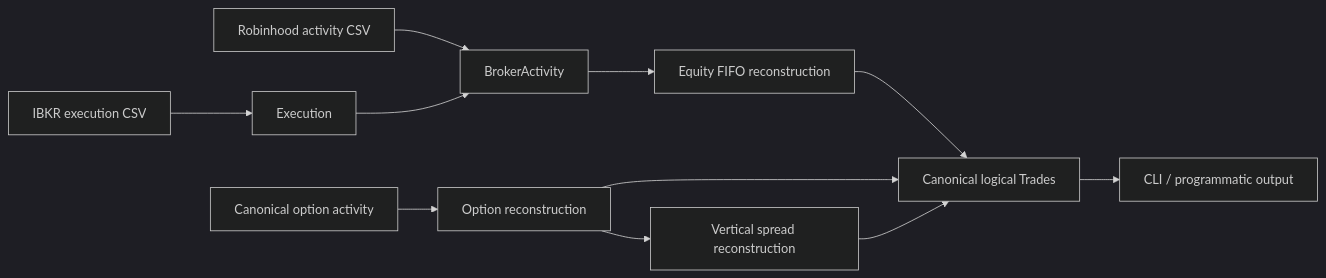
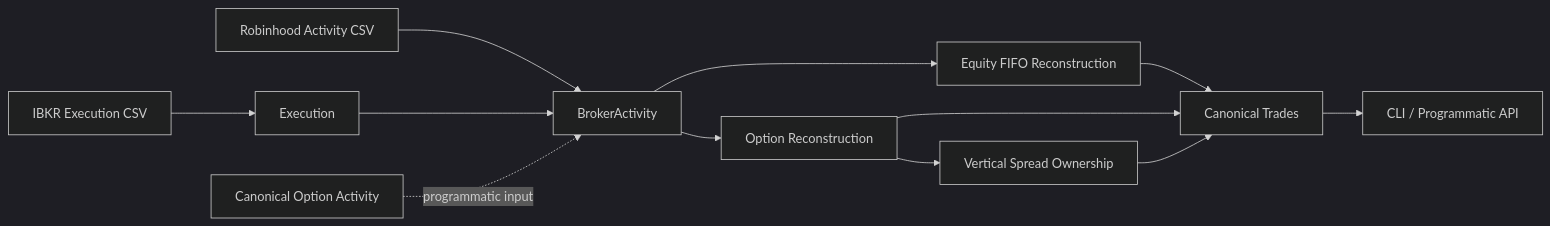
One commit to jianyingx12/trade-normalizer changed the diagram in README.md. Above: the diagram before and after it, drawn with Mermaid (dark theme). The commit also changed other lines of this file, not shown here.

````diff
--- a/README.md
+++ b/README.md
@@ -102,13 +75,14 @@
 ```mermaid
 flowchart LR
-  RH[Robinhood activity CSV] --> BA[BrokerActivity]
-  IBKR[IBKR execution CSV] --> EX[Execution]
+  RH[Robinhood Activity CSV] --> BA[BrokerActivity]
+  IB[IBKR Execution CSV] --> EX[Execution]
   EX --> BA
-  BA --> ER[Equity FIFO reconstruction]
-  COA[Canonical option activity] --> OR[Option reconstruction]
-  OR --> VS[Vertical spread reconstruction]
-  ER --> CT[Canonical logical Trades]
-  OR --> CT
+  CA[Canonical Option Activity] -. programmatic input .-> BA
+  BA --> EQ[Equity FIFO Reconstruction]
+  BA --> OP[Option Reconstruction]
+  OP --> VS[Vertical Spread Ownership]
+  EQ --> CT[Canonical Trades]
+  OP --> CT
   VS --> CT
-  CT --> OUT[CLI / programmatic output]
+  CT --> API[CLI / Programmatic API]
 ```
````
